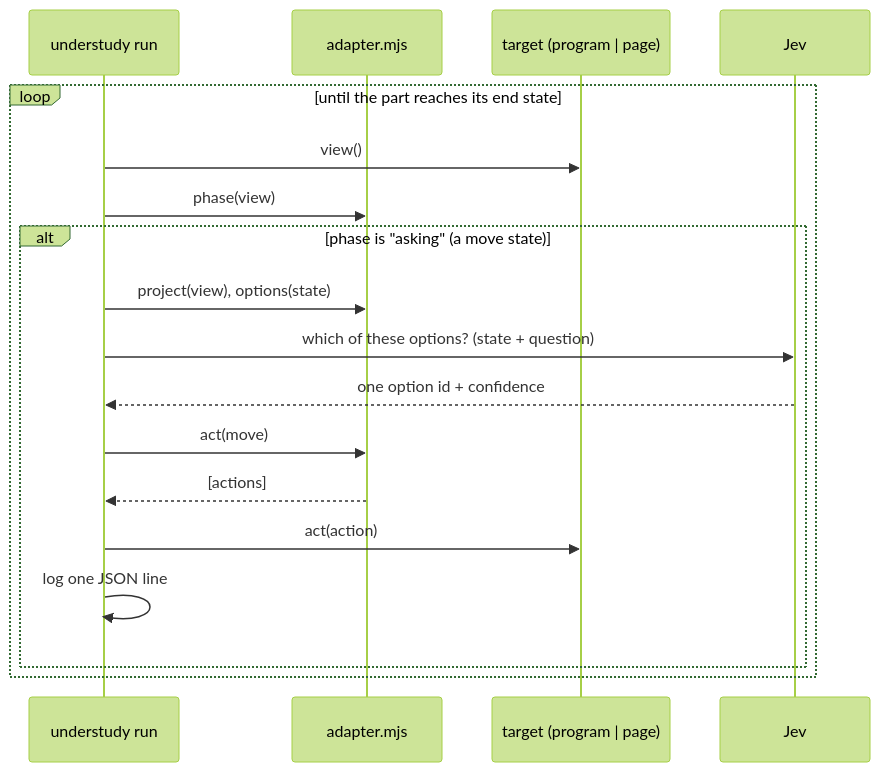
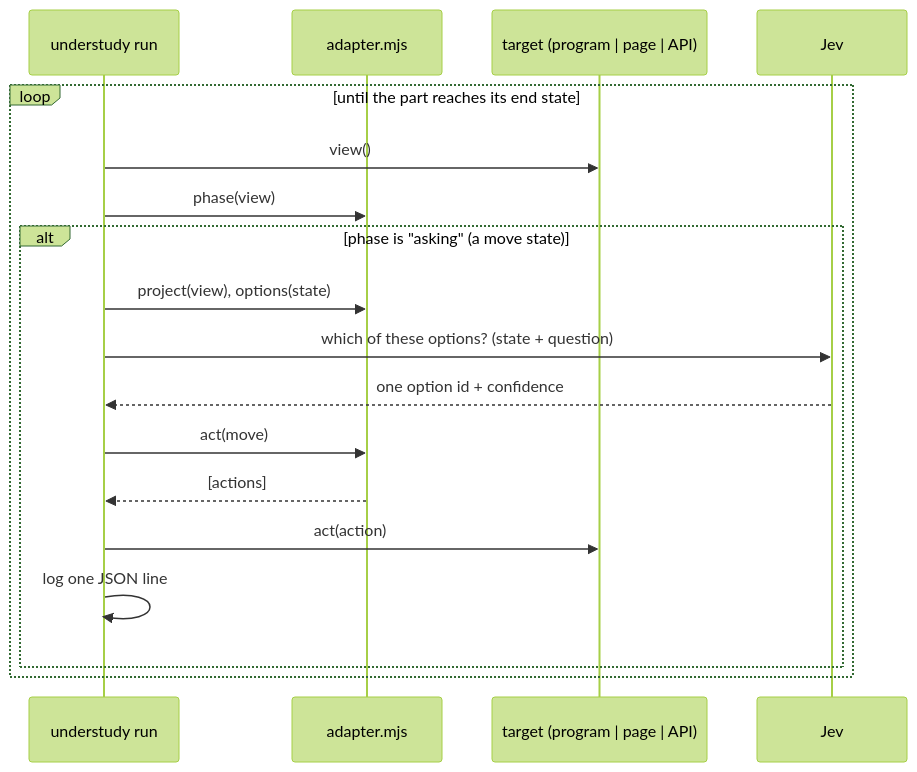
The first of 2 diagrams in docs/WALKTHROUGH.md (drusifer/understudy), drawn with Mermaid (forest theme) before and after one commit. The commit also changed other lines of this file and 8 other files, not shown here.

````diff
--- a/docs/WALKTHROUGH.md
+++ b/docs/WALKTHROUGH.md
@@ -25,20 +28,20 @@
 ```mermaid
 sequenceDiagram
     participant R as understudy run
     participant A as adapter.mjs
-    participant T as target (program | page)
+    participant T as target (program | page | API)
     participant J as Jev
     loop until the part reaches its end state
         R->>T: view()
         R->>A: phase(view)
         alt phase is "asking" (a move state)
             R->>A: project(view), options(state)
             R->>J: which of these options? (state + question)
             J-->>R: one option id + confidence
             R->>A: act(move)
             A-->>R: [actions]
             R->>T: act(action)
             R->>R: log one JSON line
         end
     end
 ```
````
